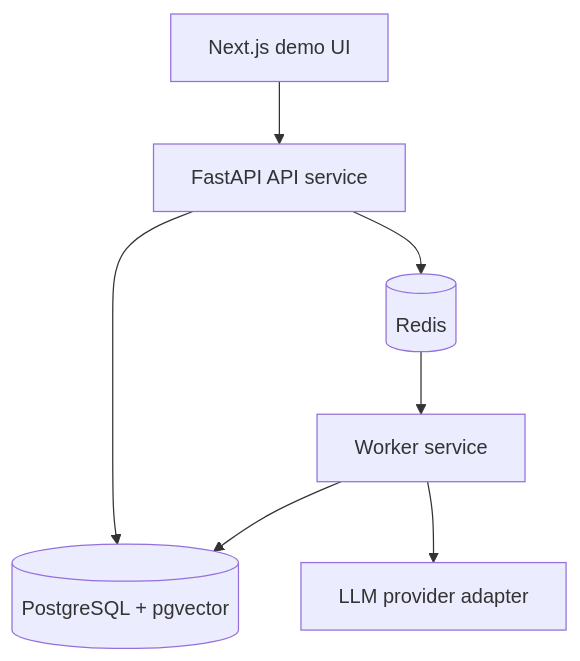
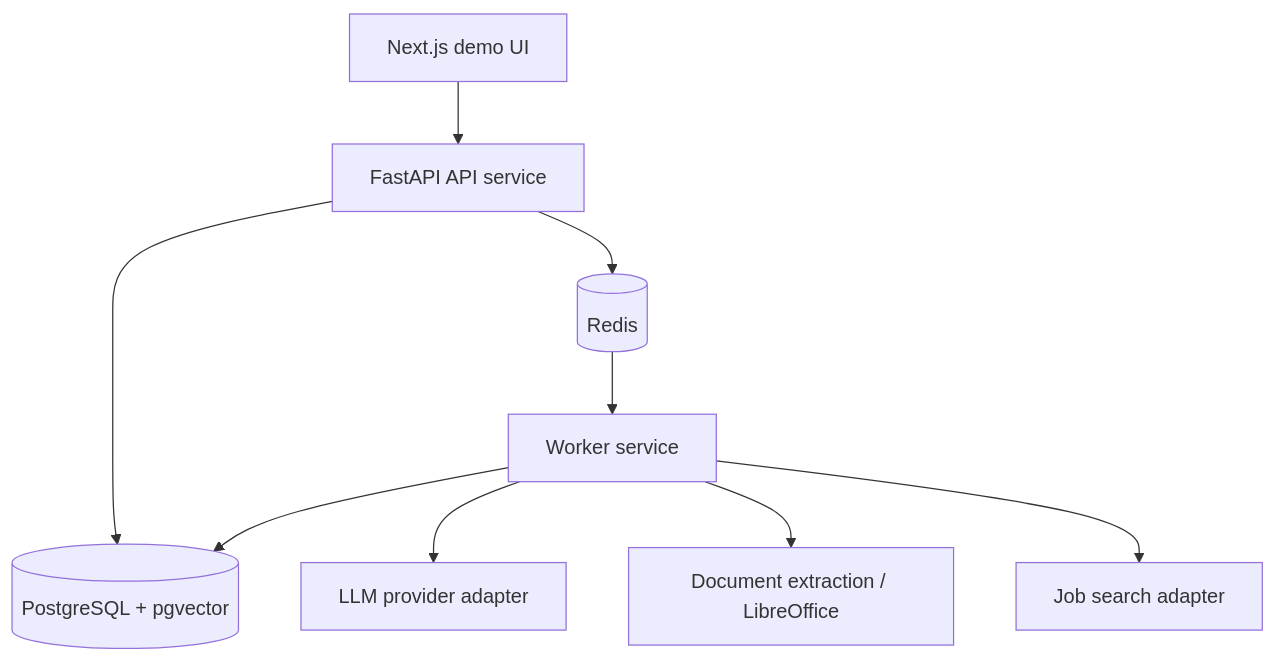
Before and after one commit to a6learner/careerops-ai: the diagram in README.md, drawn with Mermaid. The commit also changed other lines of this file and 38 other files, not shown here.

````diff
--- a/README.md
+++ b/README.md
@@ -66,9 +79,11 @@
 ```mermaid
 flowchart TD
     Web[Next.js demo UI] --> API[FastAPI API service]
     API --> Postgres[(PostgreSQL + pgvector)]
     API --> Redis[(Redis)]
     Redis --> Worker[Worker service]
     Worker --> Postgres
     Worker --> LLM[LLM provider adapter]
+    Worker --> Documents[Document extraction / LibreOffice]
+    Worker --> Search[Job search adapter]
 ```
````
